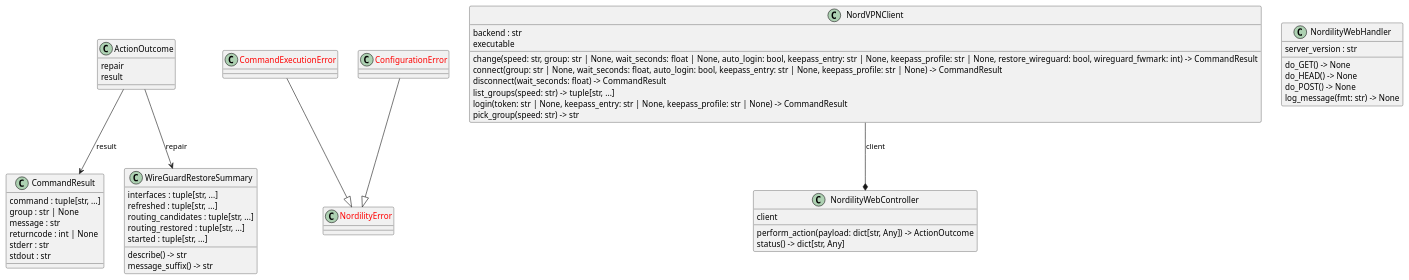
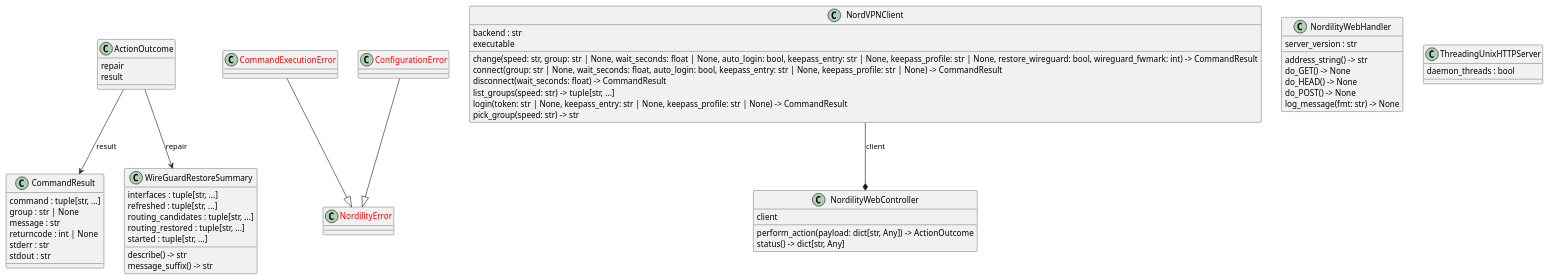
One commit to casonk/nordility changed the diagram in docs/diagrams/python-classes.puml. Above: the diagram before and after it, drawn with PlantUML. The commit also changed 15 other files, not shown here.

Commit message:
docs: refresh rendered diagrams (#16)

```diff
--- a/docs/diagrams/python-classes.puml
+++ b/docs/diagrams/python-classes.puml
@@ -1,57 +1,61 @@
 @startuml classes_nordility
 set namespaceSeparator none
 class "ActionOutcome" as src.nordility.web.ActionOutcome {
   repair
   result
 }
 class "<color:red>CommandExecutionError</color>" as src.nordility.client.CommandExecutionError {
 }
 class "CommandResult" as src.nordility.client.CommandResult {
   command : tuple[str, ...]
   group : str | None
   message : str
   returncode : int | None
   stderr : str
   stdout : str
 }
 class "<color:red>ConfigurationError</color>" as src.nordility.client.ConfigurationError {
 }
 class "NordVPNClient" as src.nordility.client.NordVPNClient {
   backend : str
   executable
   change(speed: str, group: str | None, wait_seconds: float | None, auto_login: bool, keepass_entry: str | None, keepass_profile: str | None, restore_wireguard: bool, wireguard_fwmark: int) -> CommandResult
   connect(group: str | None, wait_seconds: float, auto_login: bool, keepass_entry: str | None, keepass_profile: str | None) -> CommandResult
   disconnect(wait_seconds: float) -> CommandResult
   list_groups(speed: str) -> tuple[str, ...]
   login(token: str | None, keepass_entry: str | None, keepass_profile: str | None) -> CommandResult
   pick_group(speed: str) -> str
 }
 class "<color:red>NordilityError</color>" as src.nordility.client.NordilityError {
 }
 class "NordilityWebController" as src.nordility.web.NordilityWebController {
   client
   perform_action(payload: dict[str, Any]) -> ActionOutcome
   status() -> dict[str, Any]
 }
 class "NordilityWebHandler" as src.nordility.web.make_handler.NordilityWebHandler {
   server_version : str
+  address_string() -> str
   do_GET() -> None
   do_HEAD() -> None
   do_POST() -> None
   log_message(fmt: str) -> None
+}
+class "ThreadingUnixHTTPServer" as src.nordility.web.ThreadingUnixHTTPServer {
+  daemon_threads : bool
 }
 class "WireGuardRestoreSummary" as src.nordility.client.WireGuardRestoreSummary {
   interfaces : tuple[str, ...]
   refreshed : tuple[str, ...]
   routing_candidates : tuple[str, ...]
   routing_restored : tuple[str, ...]
   started : tuple[str, ...]
   describe() -> str
   message_suffix() -> str
 }
 src.nordility.client.CommandExecutionError --|> src.nordility.client.NordilityError
 src.nordility.client.ConfigurationError --|> src.nordility.client.NordilityError
 src.nordility.web.ActionOutcome --> src.nordility.client.CommandResult : result
 src.nordility.web.ActionOutcome --> src.nordility.client.WireGuardRestoreSummary : repair
 src.nordility.client.NordVPNClient --* src.nordility.web.NordilityWebController : client
 @enduml
```
